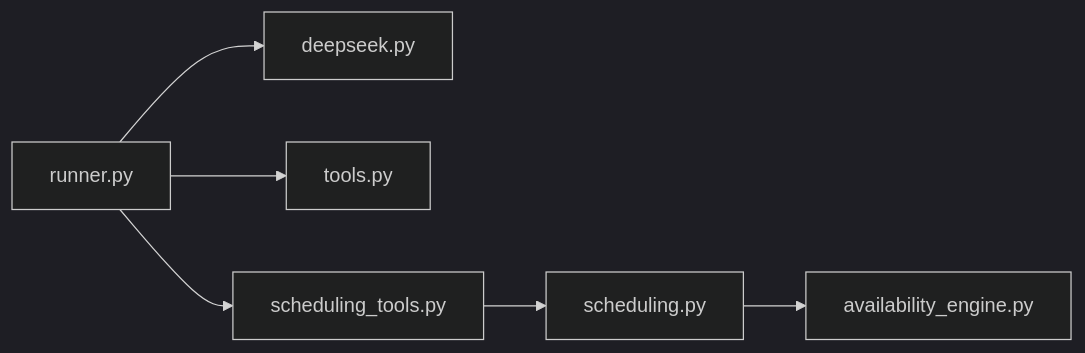
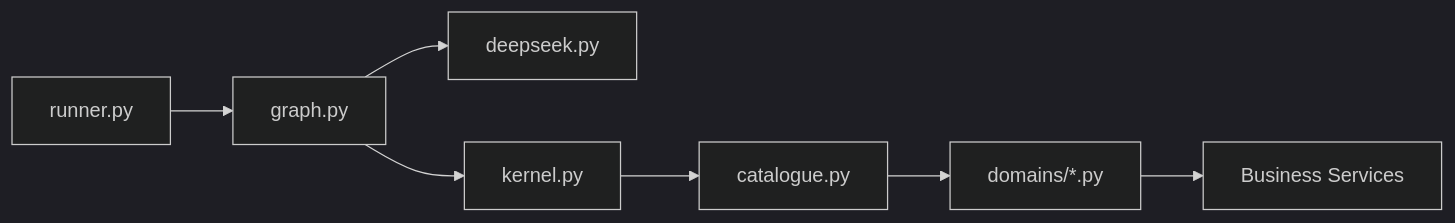
One commit to gokulkaarthicks/dental-chatbot changed the ninth of 9 diagrams in .qoder/repowiki/en/content/AI Agent System/Conversation Runner/Tool Orchestration Loop.md. Above: the diagram before and after it, drawn with Mermaid (dark theme). The commit also changed other lines of this file and 280 other files, not shown here.

````diff
--- a/.qoder/repowiki/en/content/AI Agent System/Conversation Runner/Tool Orchestration Loop.md
+++ b/.qoder/repowiki/en/content/AI Agent System/Conversation Runner/Tool Orchestration Loop.md
@@ -395,8 +402,9 @@
 ```mermaid
 graph LR
-Runner["runner.py"] --> DeepSeek["deepseek.py"]
-Runner --> Tools["tools.py"]
-Runner --> SchedulingTools["scheduling_tools.py"]
-SchedulingTools --> Scheduling["scheduling.py"]
-Scheduling --> Availability["availability_engine.py"]
+Runner["runner.py"] --> Graph["graph.py"]
+Graph --> DeepSeek["deepseek.py"]
+Graph --> Kernel["kernel.py"]
+Kernel --> Catalogue["catalogue.py"]
+Catalogue --> Domains["domains/*.py"]
+Domains --> Services["Business Services"]
 ```
````
